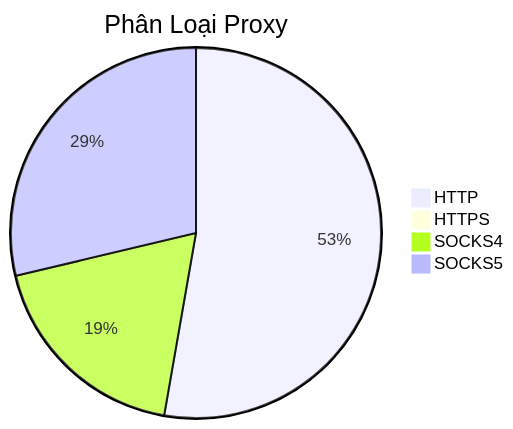
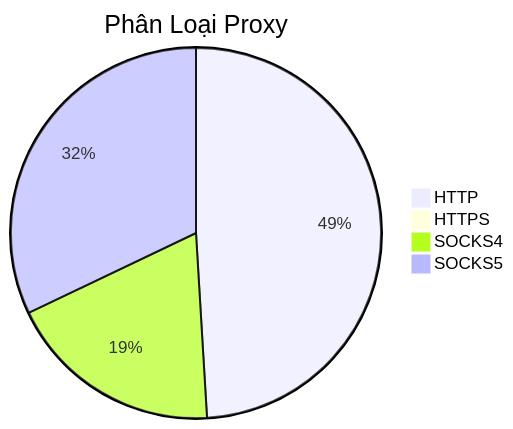
The diagram in README.md (Ciara-12/PROXY-free), drawn with Mermaid before and after one commit. The commit also changed other lines of this file and 4 other files, not shown here.

````diff
--- a/README.md
+++ b/README.md
@@ -26,7 +26,7 @@
 ```mermaid
 pie title Phân Loại Proxy
-    "HTTP" : 834
-    "HTTPS" : 0
-    "SOCKS4" : 293
-    "SOCKS5" : 454
+    "HTTP" : 697
+    "HTTPS" : 1
+    "SOCKS4" : 268
+    "SOCKS5" : 456
 ```
````
